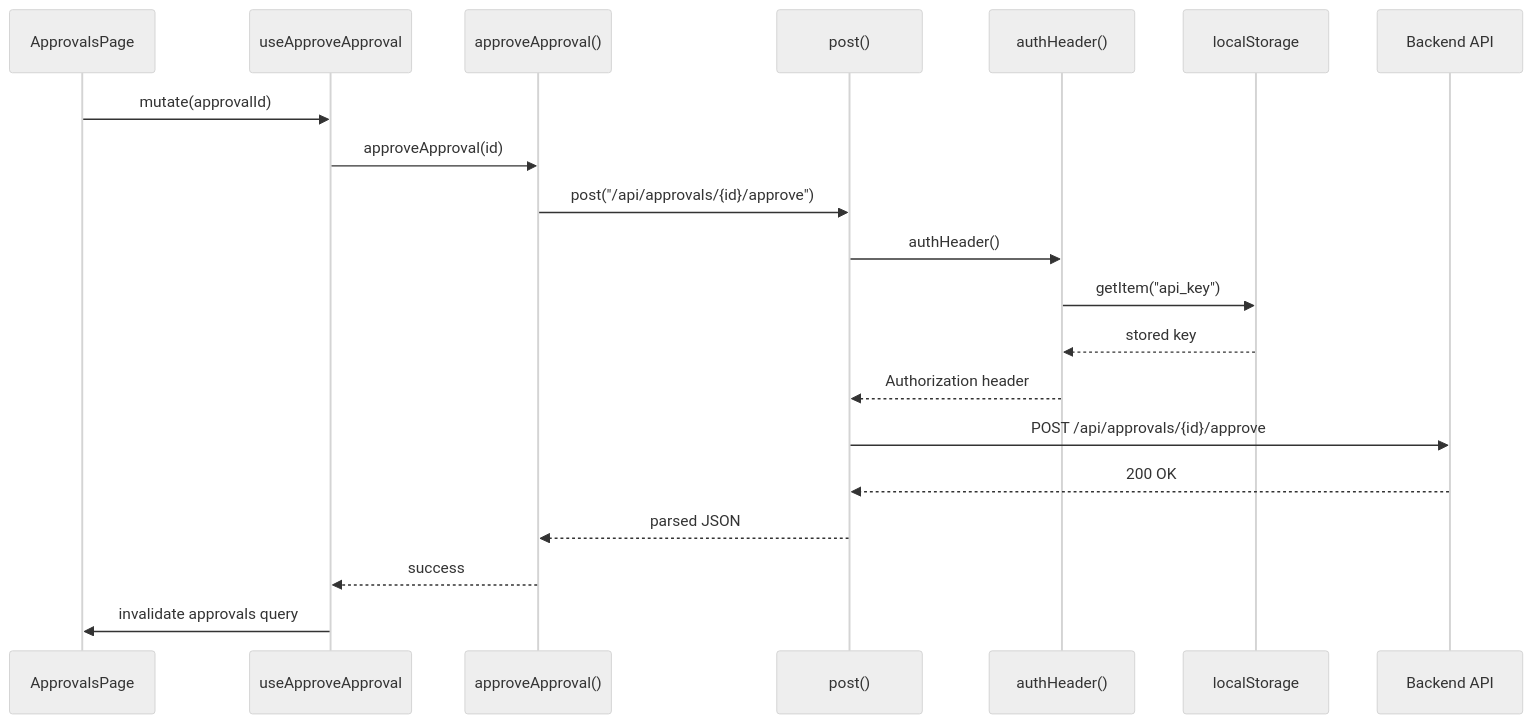
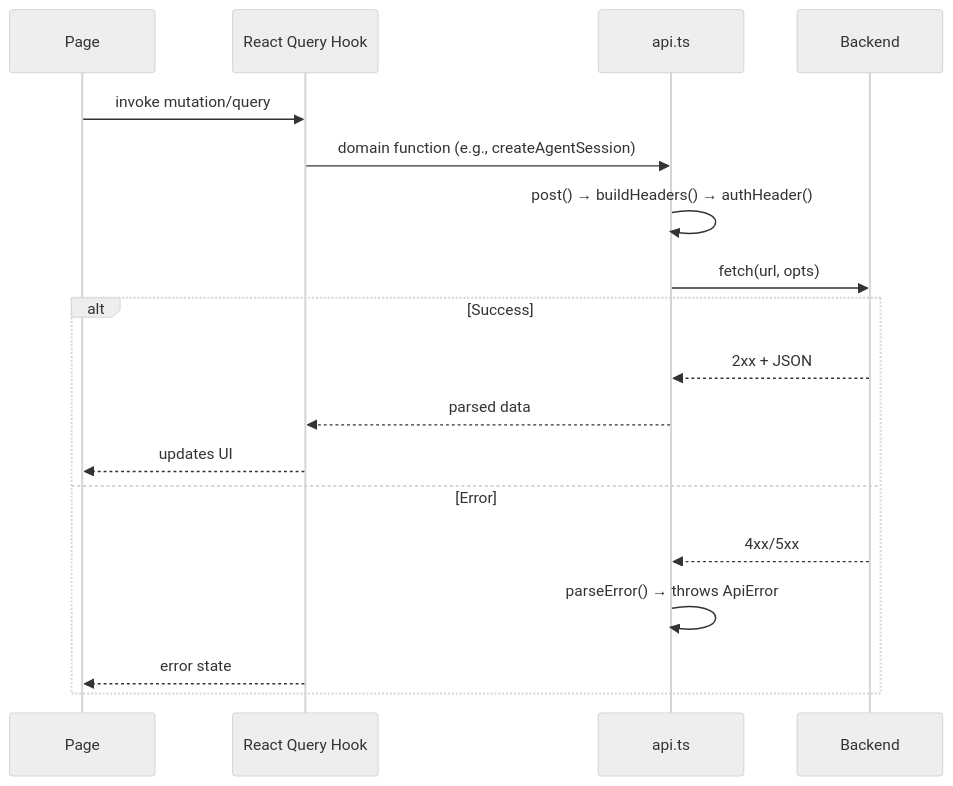
The second of 2 diagrams in dashboard-frontend.md (leszek3737/librefang-WIki), drawn with Mermaid (neutral theme) before and after one commit. The commit also changed other lines of this file and 99 other files, not shown here.

````diff
--- a/dashboard-frontend.md
+++ b/dashboard-frontend.md
@@ -141,23 +128,21 @@
 ```mermaid
 sequenceDiagram
-    participant Page as ApprovalsPage
-    participant Mut as useApproveApproval
-    participant API as approveApproval()
-    participant HTTP as post()
-    participant Auth as authHeader()
-    participant LS as localStorage
-    participant BE as Backend API
+    participant Page
+    participant Hook as React Query Hook
+    participant API as api.ts
+    participant Backend
 
-    Page->>Mut: mutate(approvalId)
-    Mut->>API: approveApproval(id)
-    API->>HTTP: post("/api/approvals/{id}/approve")
-    HTTP->>Auth: authHeader()
-    Auth->>LS: getItem("api_key")
-    LS-->>Auth: stored key
-    Auth-->>HTTP: Authorization header
-    HTTP->>BE: POST /api/approvals/{id}/approve
-    BE-->>HTTP: 200 OK
-    HTTP-->>API: parsed JSON
-    API-->>Mut: success
-    Mut->>Page: invalidate approvals query
+    Page->>Hook: invoke mutation/query
+    Hook->>API: domain function (e.g., createAgentSession)
+    API->>API: post() → buildHeaders() → authHeader()
+    API->>Backend: fetch(url, opts)
+    alt Success
+        Backend-->>API: 2xx + JSON
+        API-->>Hook: parsed data
+        Hook-->>Page: updates UI
+    else Error
+        Backend-->>API: 4xx/5xx
+        API->>API: parseError() → throws ApiError
+        Hook-->>Page: error state
+    end
 ```
````
